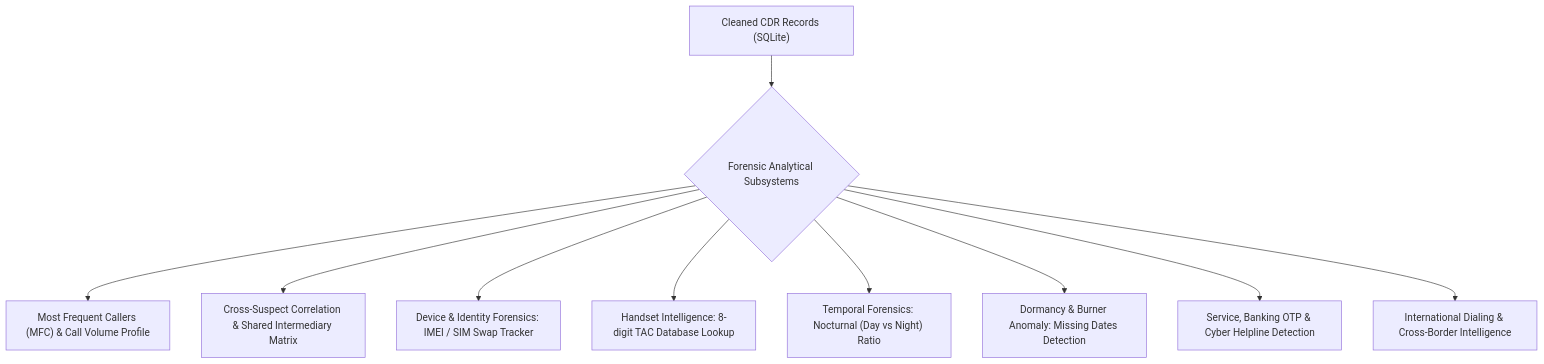
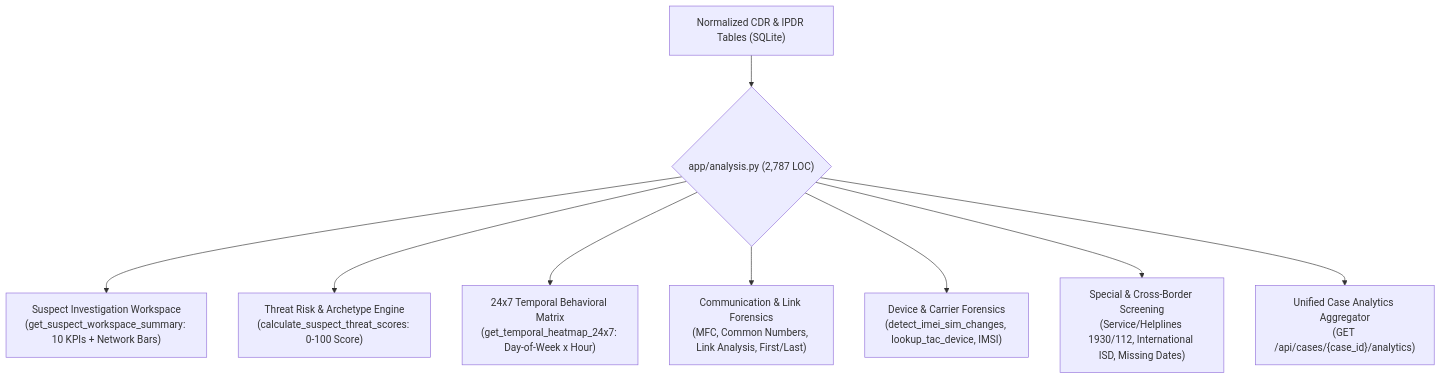
The diagram in docs/forensic_analytics.md (JAIDUUU/Anomus-hackthon-rajishtan), drawn with Mermaid before and after one commit. The commit also changed other lines of this file, not shown here.

Commit message:
docs(analytics): document suspect workspace KPIs, threat risk scoring, 24x7 heatmap, and TAC/IMEI intelligence

````diff
--- a/docs/forensic_analytics.md
+++ b/docs/forensic_analytics.md
@@ -11,13 +13,12 @@
 ```mermaid
 flowchart TD
-    CDR["Cleaned CDR Records (SQLite)"] --> Dispatcher{"Forensic Analytical Subsystems"}
+    CDR["Normalized CDR & IPDR Tables (SQLite)"] --> Core{"app/analysis.py (2,787 LOC)"}
 
-    Dispatcher --> A1["Most Frequent Callers (MFC) & Call Volume Profile"]
-    Dispatcher --> A2["Cross-Suspect Correlation & Shared Intermediary Matrix"]
-    Dispatcher --> A3["Device & Identity Forensics: IMEI / SIM Swap Tracker"]
-    Dispatcher --> A4["Handset Intelligence: 8-digit TAC Database Lookup"]
-    Dispatcher --> A5["Temporal Forensics: Nocturnal (Day vs Night) Ratio"]
-    Dispatcher --> A6["Dormancy & Burner Anomaly: Missing Dates Detection"]
-    Dispatcher --> A7["Service, Banking OTP & Cyber Helpline Detection"]
-    Dispatcher --> A8["International Dialing & Cross-Border Intelligence"]
+    Core --> W1["Suspect Investigation Workspace<br/>(get_suspect_workspace_summary: 10 KPIs + Network Bars)"]
+    Core --> W2["Threat Risk & Archetype Engine<br/>(calculate_suspect_threat_scores: 0-100 Score)"]
+    Core --> W3["24x7 Temporal Behavioral Matrix<br/>(get_temporal_heatmap_24x7: Day-of-Week x Hour)"]
+    Core --> W4["Communication & Link Forensics<br/>(MFC, Common Numbers, Link Analysis, First/Last)"]
+    Core --> W5["Device & Carrier Forensics<br/>(detect_imei_sim_changes, lookup_tac_device, IMSI)"]
+    Core --> W6["Special & Cross-Border Screening<br/>(Service/Helplines 1930/112, International ISD, Missing Dates)"]
+    Core --> W7["Unified Case Analytics Aggregator<br/>(GET /api/cases/{case_id}/analytics)"]
 ```
````
